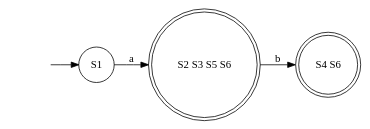
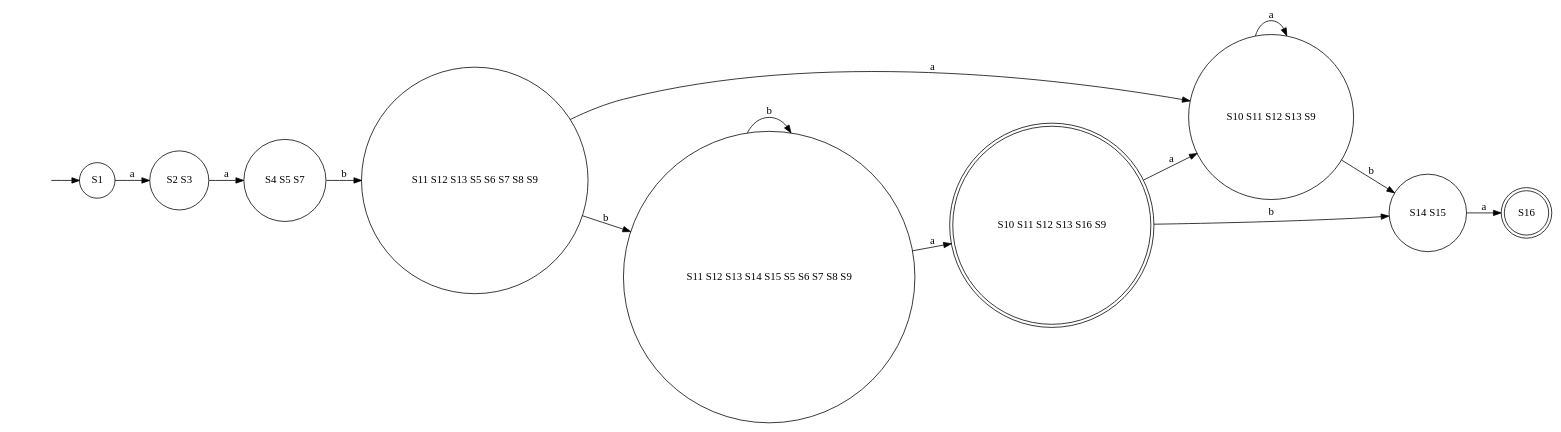
One commit to ZiadSheriif/AutoMajestic changed the diagram in output/dfa/dfa.gv. Above: the diagram before and after it, drawn with Graphviz. The commit also changed 8 other files, not shown here.

```diff
--- a/output/dfa/dfa.gv
+++ b/output/dfa/dfa.gv
@@ -1,10 +1,26 @@
 digraph DFA {
 	"" [shape=none]
 	"" -> S1
 	S1 [shape=circle]
-	S1 -> "S2 S3 S5 S6" [label=a]
-	"S2 S3 S5 S6" [shape=doublecircle]
-	"S2 S3 S5 S6" -> "S4 S6" [label=b]
-	"S4 S6" [shape=doublecircle]
+	S1 -> "S2 S3" [label=a]
+	"S2 S3" [shape=circle]
+	"S2 S3" -> "S4 S5 S7" [label=a]
+	"S4 S5 S7" [shape=circle]
+	"S4 S5 S7" -> "S11 S12 S13 S5 S6 S7 S8 S9" [label=b]
+	"S11 S12 S13 S5 S6 S7 S8 S9" [shape=circle]
+	"S11 S12 S13 S5 S6 S7 S8 S9" -> "S10 S11 S12 S13 S9" [label=a]
+	"S11 S12 S13 S5 S6 S7 S8 S9" -> "S11 S12 S13 S14 S15 S5 S6 S7 S8 S9" [label=b]
+	"S10 S11 S12 S13 S9" [shape=circle]
+	"S10 S11 S12 S13 S9" -> "S10 S11 S12 S13 S9" [label=a]
+	"S10 S11 S12 S13 S9" -> "S14 S15" [label=b]
+	"S11 S12 S13 S14 S15 S5 S6 S7 S8 S9" [shape=circle]
+	"S11 S12 S13 S14 S15 S5 S6 S7 S8 S9" -> "S10 S11 S12 S13 S16 S9" [label=a]
+	"S11 S12 S13 S14 S15 S5 S6 S7 S8 S9" -> "S11 S12 S13 S14 S15 S5 S6 S7 S8 S9" [label=b]
+	"S14 S15" [shape=circle]
+	"S14 S15" -> S16 [label=a]
+	"S10 S11 S12 S13 S16 S9" [shape=doublecircle]
+	"S10 S11 S12 S13 S16 S9" -> "S10 S11 S12 S13 S9" [label=a]
+	"S10 S11 S12 S13 S16 S9" -> "S14 S15" [label=b]
+	S16 [shape=doublecircle]
 	rankdir=LR
 }
```
